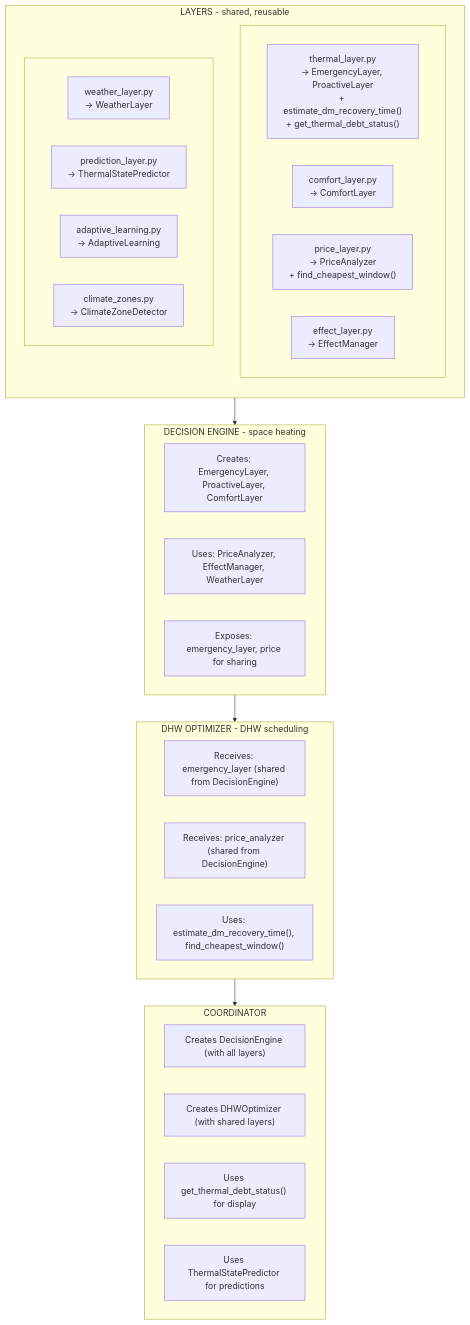
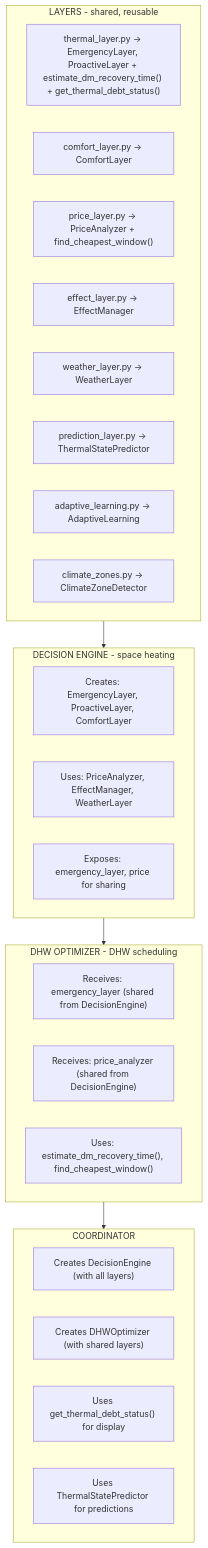
Before and after one commit to enoch85/EffektGuard: the diagram in docs/architecture/00_overview.md, drawn with Mermaid.

````diff
--- a/docs/architecture/00_overview.md
+++ b/docs/architecture/00_overview.md
@@ -55,43 +55,38 @@
 ```mermaid
 flowchart TB
     subgraph Layers["LAYERS - shared, reusable"]
-        direction TB
-        subgraph Row1[" "]
-            TL["thermal_layer.py<br/>→ EmergencyLayer, ProactiveLayer<br/>+ estimate_dm_recovery_time#40;#41;<br/>+ get_thermal_debt_status#40;#41;"]
-            CL["comfort_layer.py<br/>→ ComfortLayer"]
-            PrL["price_layer.py<br/>→ PriceAnalyzer<br/>+ find_cheapest_window#40;#41;"]
-            EfL["effect_layer.py<br/>→ EffectManager"]
-        end
-        subgraph Row2[" "]
-            WL["weather_layer.py<br/>→ WeatherLayer"]
-            PredL["prediction_layer.py<br/>→ ThermalStatePredictor"]
-            AL["adaptive_learning.py<br/>→ AdaptiveLearning"]
-            CZ["climate_zones.py<br/>→ ClimateZoneDetector"]
-        end
+        TL["thermal_layer.py → EmergencyLayer, ProactiveLayer + estimate_dm_recovery_time#40;#41; + get_thermal_debt_status#40;#41;"]
+        CL["comfort_layer.py → ComfortLayer"]
+        PrL["price_layer.py → PriceAnalyzer + find_cheapest_window#40;#41;"]
+        EfL["effect_layer.py → EffectManager"]
+        WL["weather_layer.py → WeatherLayer"]
+        PredL["prediction_layer.py → ThermalStatePredictor"]
+        AL["adaptive_learning.py → AdaptiveLearning"]
+        CZ["climate_zones.py → ClimateZoneDetector"]
     end
 
     Layers --> DE
 
     subgraph DE["DECISION ENGINE - space heating"]
         DE1["Creates: EmergencyLayer, ProactiveLayer, ComfortLayer"]
         DE2["Uses: PriceAnalyzer, EffectManager, WeatherLayer"]
         DE3["Exposes: emergency_layer, price for sharing"]
     end
 
     DE --> DHW
 
     subgraph DHW["DHW OPTIMIZER - DHW scheduling"]
         DHW1["Receives: emergency_layer #40;shared from DecisionEngine#41;"]
         DHW2["Receives: price_analyzer #40;shared from DecisionEngine#41;"]
         DHW3["Uses: estimate_dm_recovery_time#40;#41;, find_cheapest_window#40;#41;"]
     end
 
     DHW --> COORD
 
     subgraph COORD["COORDINATOR"]
         COORD1["Creates DecisionEngine #40;with all layers#41;"]
         COORD2["Creates DHWOptimizer #40;with shared layers#41;"]
         COORD3["Uses get_thermal_debt_status#40;#41; for display"]
         COORD4["Uses ThermalStatePredictor for predictions"]
     end
 ```
````
